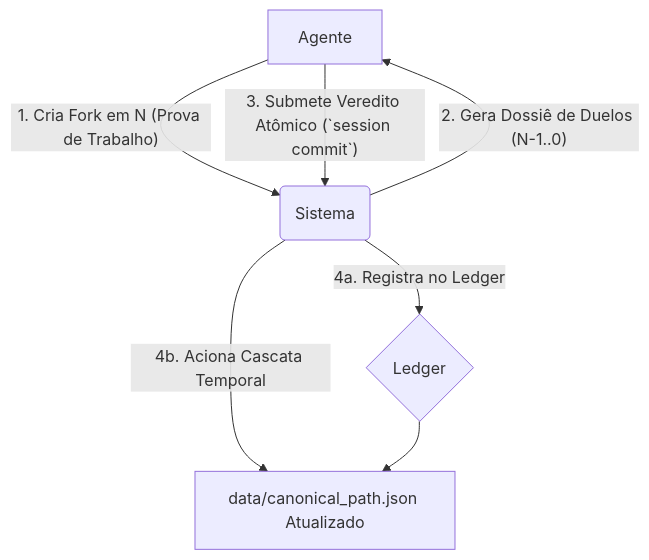
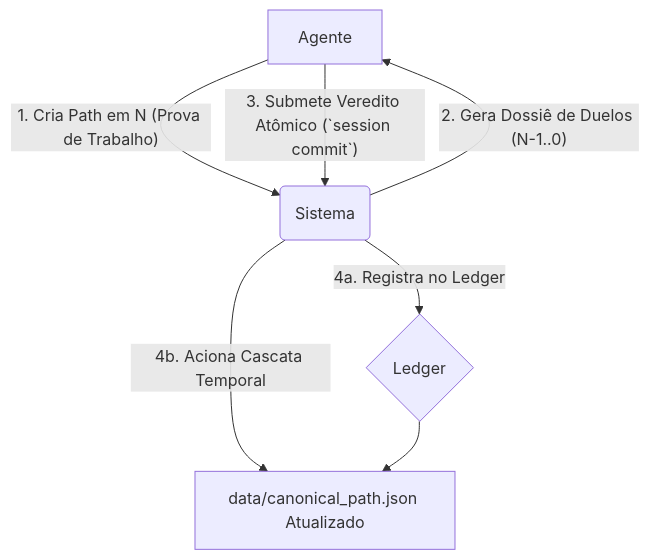
The diagram in README.md (franklinbaldo/hronir), drawn with Mermaid before and after one commit. The commit also changed other lines of this file and 8 other files, not shown here.

First line of the commit message:
Partial replacement of 'fork' with 'path' in documentation and some source files.

````diff
--- a/README.md
+++ b/README.md
@@ -23,9 +23,9 @@
 ```mermaid
 graph TD
-    A[Agente] -- 1. Cria Fork em N (Prova de Trabalho) --> B(Sistema);
+    A[Agente] -- 1. Cria Path em N (Prova de Trabalho) --> B(Sistema);
     B -- 2. Gera Dossiê de Duelos (N-1..0) --> A;
     A -- 3. Submete Veredito Atômico (`session commit`) --> B;
     B -- "4a. Registra no Ledger" --> C{Ledger};
     B -- "4b. Aciona Cascata Temporal" --> D[data/canonical_path.json Atualizado];
     C --> D;
 ```
````
